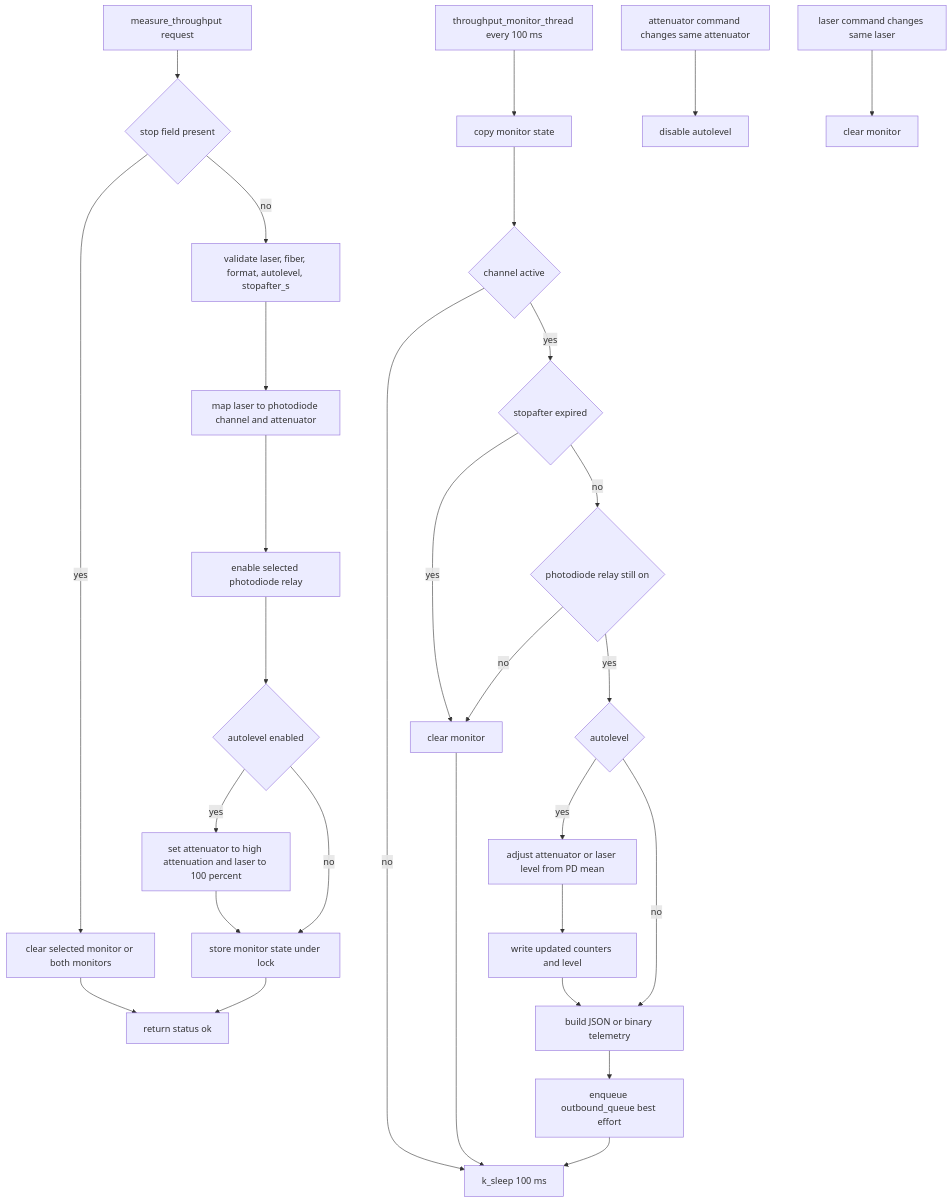
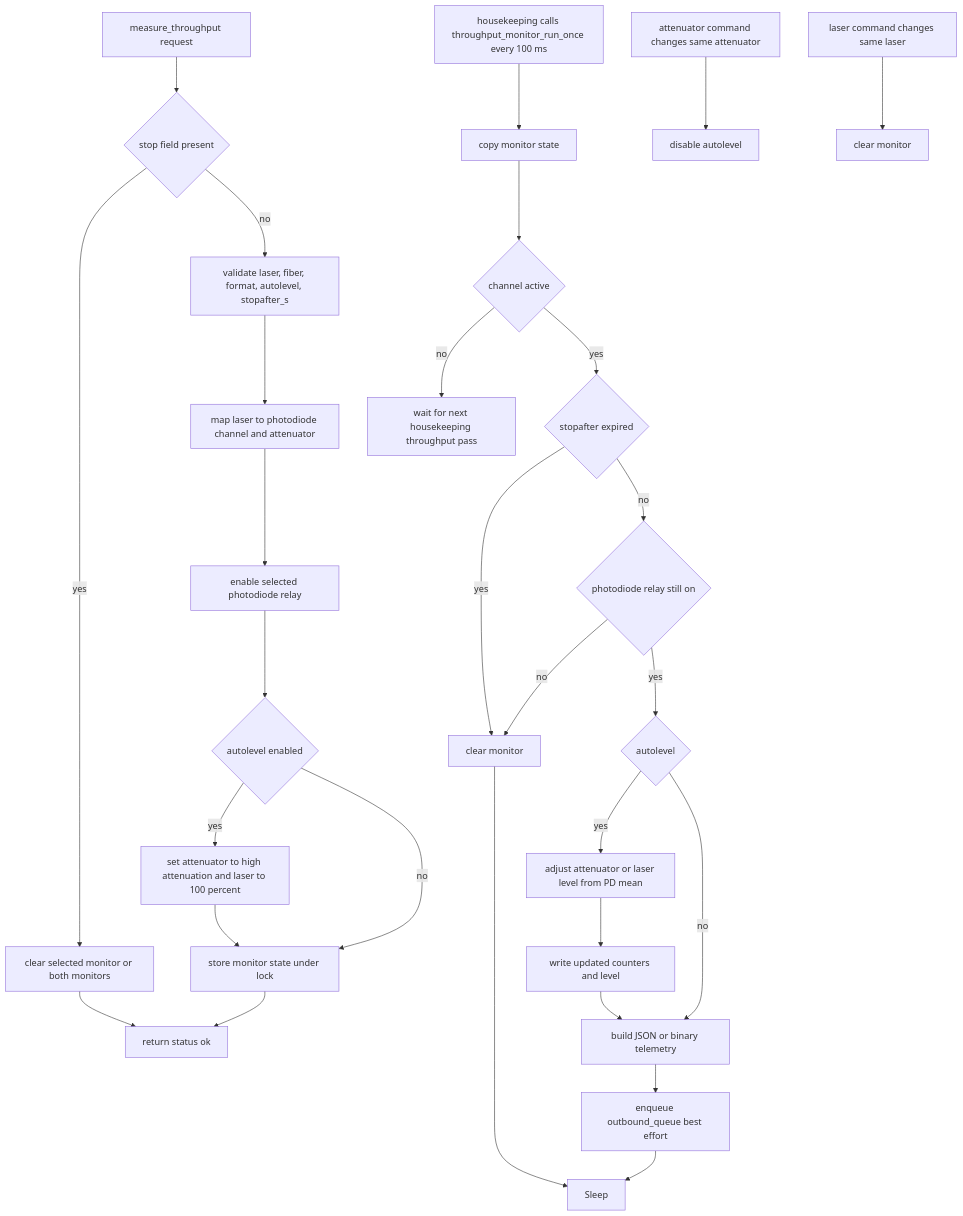
One commit to COO-Utilities/hispec-tib changed diagram 11 of 22 in doc/diagrams.md. Above: the diagram before and after it, drawn with Mermaid. The commit also changed other lines of this file and 8 other files, not shown here.

Commit message:
Run throughput monitoring from housekeeping

````diff
--- a/doc/diagrams.md
+++ b/doc/diagrams.md
@@ -211,33 +211,33 @@
 ```mermaid
 flowchart TD
   Command[measure_throughput request] --> Stop{stop field present}
   Stop -- yes --> StopReq[clear selected monitor or both monitors]
   Stop -- no --> Validate[validate laser, fiber, format, autolevel, stopafter_s]
   Validate --> Map[map laser to photodiode channel and attenuator]
   Map --> PdPower[enable selected photodiode relay]
   PdPower --> AutoStart{autolevel enabled}
   AutoStart -- yes --> Seed[set attenuator to high attenuation and laser to 100 percent]
   AutoStart -- no --> Arm[store monitor state under lock]
   Seed --> Arm
   Arm --> Ok[return status ok]
   StopReq --> Ok
 
-  Thread[throughput_monitor_thread every 100 ms] --> Snapshot[copy monitor state]
+  Thread[housekeeping calls throughput_monitor_run_once every 100 ms] --> Snapshot[copy monitor state]
   Snapshot --> Active{channel active}
-  Active -- no --> Sleep[k_sleep 100 ms]
+  Active -- no --> Wait[wait for next housekeeping throughput pass]
   Active -- yes --> Timeout{stopafter expired}
   Timeout -- yes --> Clear[clear monitor]
   Timeout -- no --> PdOn{photodiode relay still on}
   PdOn -- no --> Clear
   PdOn -- yes --> Auto{autolevel}
   Auto -- yes --> Adjust[adjust attenuator or laser level from PD mean]
   Auto -- no --> Publish
   Adjust --> Sync[write updated counters and level]
   Sync --> Publish[build JSON or binary telemetry]
   Publish --> OutQ[enqueue outbound_queue best effort]
   OutQ --> Sleep
   Clear --> Sleep
 
   AttenChange[attenuator command changes same attenuator] --> DisableAuto[disable autolevel]
   LaserChange[laser command changes same laser] --> StopMonitor[clear monitor]
 ```
````
